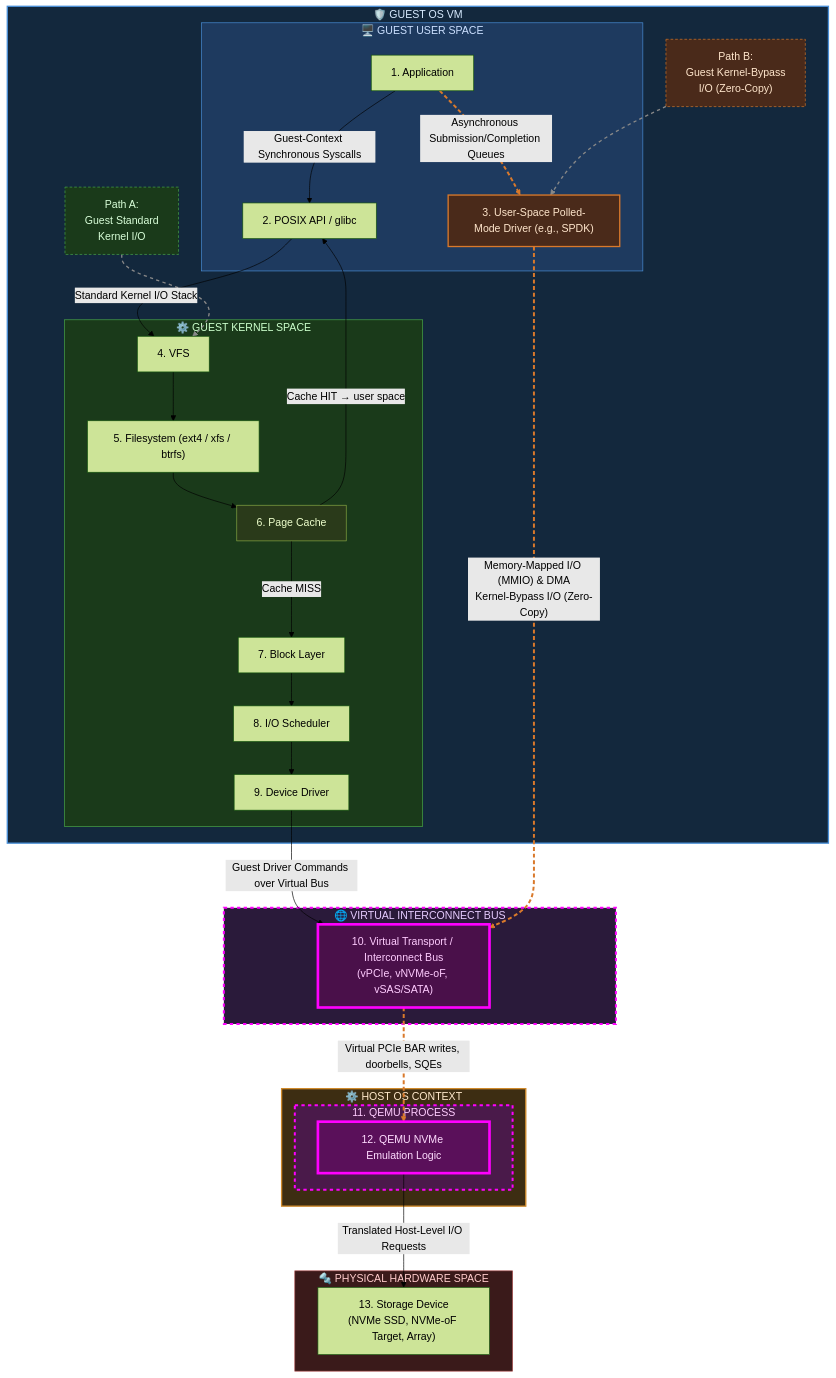
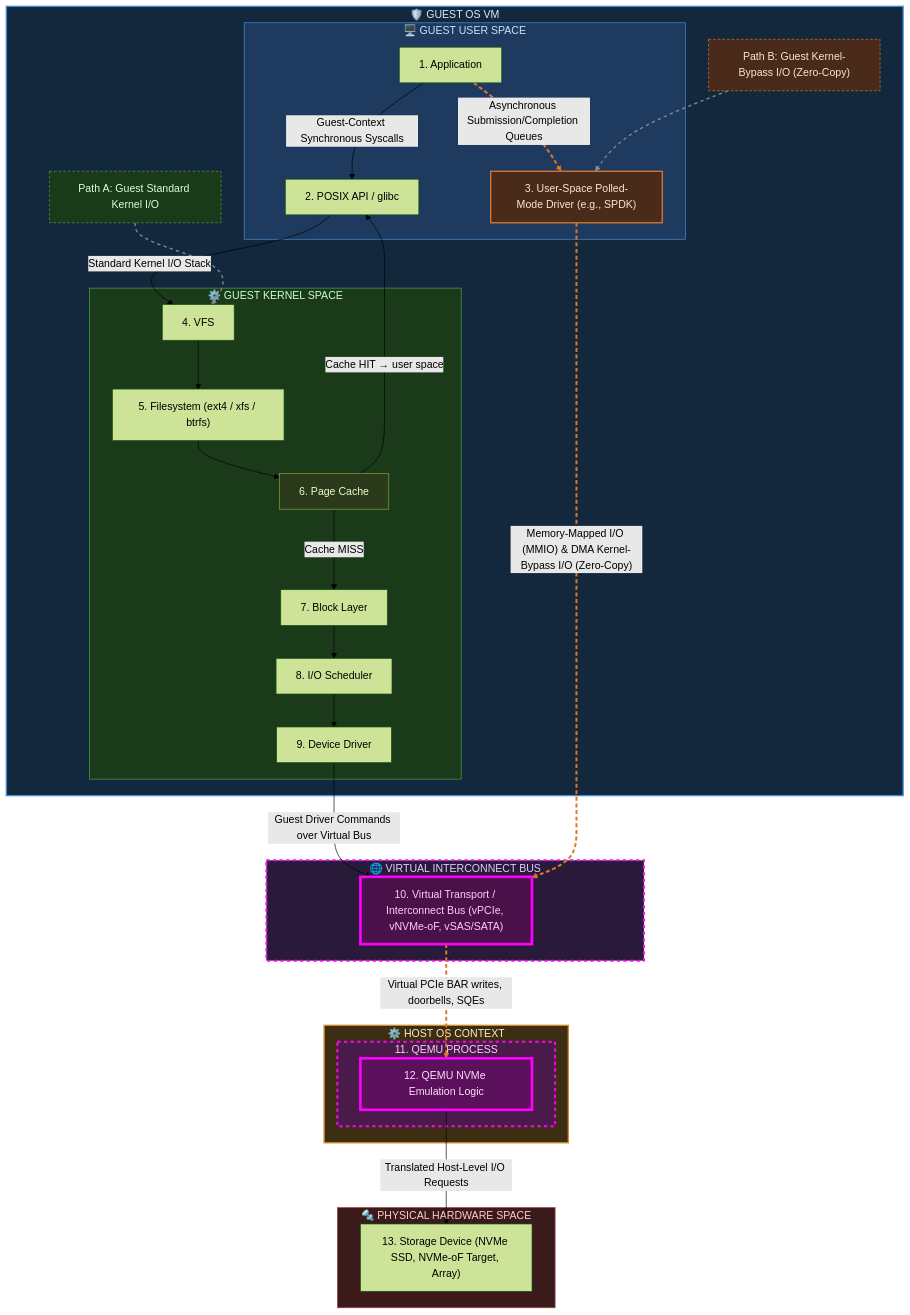
One commit to SiliconLanguage/dataplane-emu changed the diagram in docs/arch/qemu-nvme-storage-stack.md. Above: the diagram before and after it, drawn with Mermaid (forest theme).

Commit message:
docs(arch): flatten multi-line labels to collapse vertical spacing in GUEST KERNEL SPACE

````diff
--- a/docs/arch/qemu-nvme-storage-stack.md
+++ b/docs/arch/qemu-nvme-storage-stack.md
@@ -5,73 +5,73 @@
 ```mermaid
 flowchart TD
     subgraph GUEST["🛡️ GUEST OS VM"]
         subgraph USER["🖥️ GUEST USER SPACE"]
             A["1. Application"]
             B["2. POSIX API / glibc"]
             J["3. User-Space Polled-Mode Driver (e.g., SPDK)"]
         end
 
         subgraph KERNEL["⚙️ GUEST KERNEL SPACE"]
             C["4. VFS"]
             D["5. Filesystem (ext4 / xfs / btrfs)"]
             E["6. Page Cache"]
             F["7. Block Layer"]
             G["8. I/O Scheduler"]
             H["9. Device Driver"]
         end
 
-        P1["Path A:<br/>Guest Standard<br/>Kernel I/O"]
-        P2["Path B:<br/>Guest Kernel-Bypass<br/>I/O (Zero-Copy)"]
+        P1["Path A: Guest Standard Kernel I/O"]
+        P2["Path B: Guest Kernel-Bypass I/O (Zero-Copy)"]
     end
 
     subgraph VIRTUAL_HW["🌐 VIRTUAL INTERCONNECT BUS"]
-        T["10. Virtual Transport / Interconnect Bus\n(vPCIe, vNVMe-oF, vSAS/SATA)"]
+        T["10. Virtual Transport / Interconnect Bus (vPCIe, vNVMe-oF, vSAS/SATA)"]
     end
 
     subgraph HOST["⚙️ HOST OS CONTEXT"]
         subgraph QEMU["11. QEMU PROCESS"]
             QN["12. QEMU NVMe Emulation Logic"]
         end
     end
 
     subgraph PHYSICAL_HW["🔩 PHYSICAL HARDWARE SPACE"]
-        I["13. Storage Device\n(NVMe SSD, NVMe-oF Target, Array)"]
+        I["13. Storage Device (NVMe SSD, NVMe-oF Target, Array)"]
     end
 
     A -->|"Guest-Context Synchronous Syscalls"| B
     B -->|"Standard Kernel I/O Stack"| C
     C --> D
     D --> E
     E -->|"Cache HIT → user space"| B
     E -->|"Cache MISS"| F
     F --> G
     G --> H
     H -->|"Guest Driver Commands over Virtual Bus"| T
 
     A -->|"Asynchronous Submission/Completion Queues"| J
-    J -->|"Memory-Mapped I/O (MMIO) & DMA\nKernel-Bypass I/O (Zero-Copy)"| T
+    J -->|"Memory-Mapped I/O (MMIO) & DMA Kernel-Bypass I/O (Zero-Copy)"| T
     T -->|"Virtual PCIe BAR writes, doorbells, SQEs"| QN
     QN -->|"Translated Host-Level I/O Requests"| I
 
     P1 -.-> C
     P2 -.-> J
 
     style GUEST fill:#13283d,color:#d8ebff,stroke:#4a90d9,stroke-width:2px
     style USER fill:#1e3a5f,color:#cce0ff,stroke:#4a90d9
     style KERNEL fill:#1a3a1a,color:#ccffcc,stroke:#4aaa4a
     style HOST fill:#3d2d12,color:#ffe9cc,stroke:#d08a2b,stroke-width:2px
     style QEMU fill:#4a1a4a,color:#ffccff,stroke:#ff00ff,stroke-width:3px,stroke-dasharray: 5 5
     style QN fill:#5a105a,color:#ffddff,stroke:#ff00ff,stroke-width:4px
     style VIRTUAL_HW fill:#2a1a3a,color:#e6ccff,stroke:#ff00ff,stroke-width:3px,stroke-dasharray: 5 5
     style PHYSICAL_HW fill:#3a1a1a,color:#ffcccc,stroke:#aa4a4a
     style E fill:#2a3a1a,color:#eeffcc,stroke:#88aa44
     style J fill:#4a2a1a,color:#ffe6cc,stroke:#d9792b,stroke-width:2px
     style T fill:#4a104a,color:#ffccff,stroke:#ff00ff,stroke-width:4px
     style P1 fill:#1a3a1a,color:#d9ffd9,stroke:#4aaa4a,stroke-dasharray: 4 3
     style P2 fill:#4a2a1a,color:#ffe6cc,stroke:#d9792b,stroke-dasharray: 4 3
     linkStyle 9 stroke:#d9792b,stroke-width:3px,stroke-dasharray: 6 4
     linkStyle 10 stroke:#d9792b,stroke-width:3px,stroke-dasharray: 6 4
     linkStyle 11 stroke:#d9792b,stroke-width:3px,stroke-dasharray: 6 4
     linkStyle 13 stroke:#888,stroke-width:2px,stroke-dasharray: 5 5
     linkStyle 14 stroke:#888,stroke-width:2px,stroke-dasharray: 5 5
 ```
````
